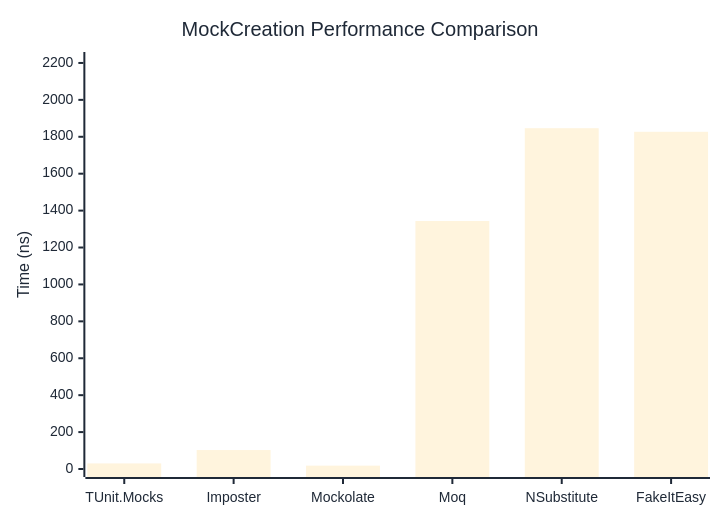
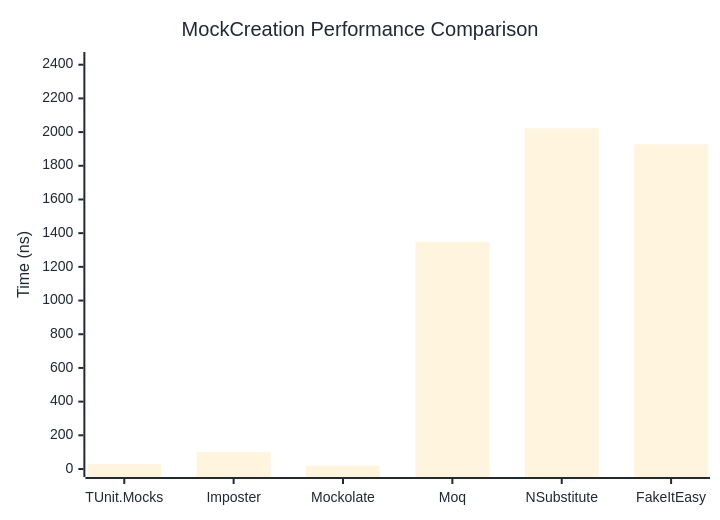
One commit to thomhurst/TUnit changed the first of 2 diagrams in docs/docs/benchmarks/mocks/MockCreation.md. Above: the diagram before and after it, drawn with Mermaid. The commit also changed other lines of this file and 14 other files, not shown here.

````diff
--- a/docs/docs/benchmarks/mocks/MockCreation.md
+++ b/docs/docs/benchmarks/mocks/MockCreation.md
@@ -30,27 +30,27 @@
 ```mermaid
 %%{init: {
   'theme':'base',
   'themeVariables': {
     'primaryColor': '#2563eb',
     'primaryTextColor': '#1f2937',
     'primaryBorderColor': '#1e40af',
     'lineColor': '#6b7280',
     'secondaryColor': '#7c3aed',
     'tertiaryColor': '#dc2626',
     'background': '#ffffff',
     'pie1': '#2563eb',
     'pie2': '#7c3aed',
     'pie3': '#dc2626',
     'pie4': '#f59e0b',
     'pie5': '#10b981',
     'pie6': '#06b6d4',
     'pie7': '#ec4899',
     'pie8': '#6366f1'
   }
 }}%%
 xychart-beta
   title "MockCreation Performance Comparison"
   x-axis ["TUnit.Mocks", "Imposter", "Mockolate", "Moq", "NSubstitute", "FakeItEasy"]
-  y-axis "Time (ns)" 0 --> 2216
-  bar [30.28, 102.7, 18.2, 1343.76, 1846.53, 1826.98]
+  y-axis "Time (ns)" 0 --> 2428
+  bar [30.28, 99.81, 19.36, 1347.3, 2022.81, 1928.1]
 ```
````
